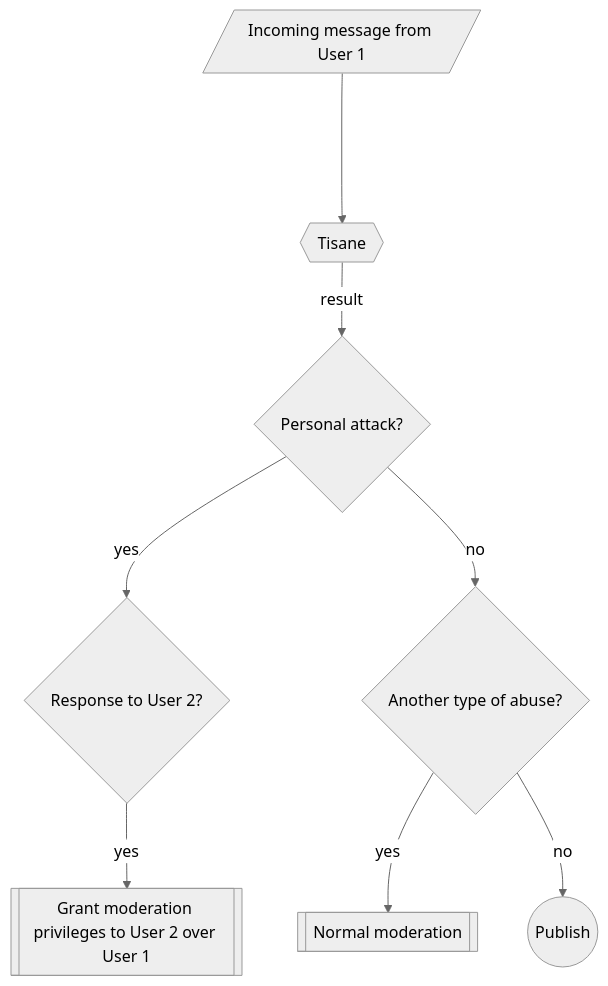
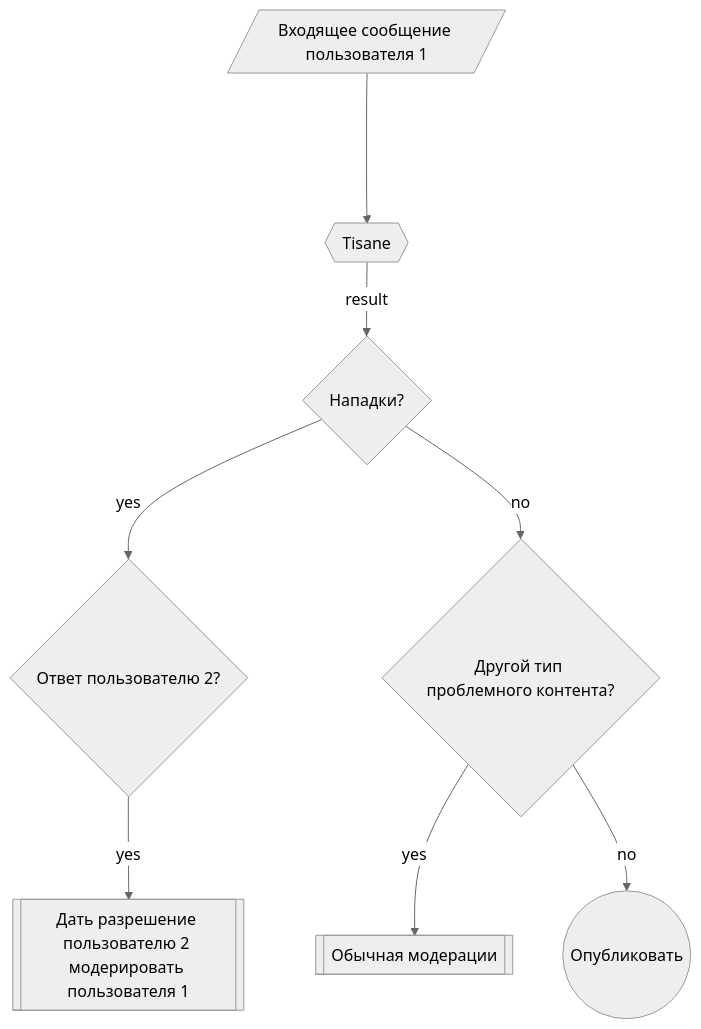
One commit to tisanelabs/tisane-docs changed the diagram in @l10n/ru/guides/abuse/whatis2fm.md. Above: the diagram before and after it, drawn with Mermaid (neutral theme). The commit also changed other lines of this file and 78 other files, not shown here.

````diff
--- a/@l10n/ru/guides/abuse/whatis2fm.md
+++ b/@l10n/ru/guides/abuse/whatis2fm.md
@@ -25,18 +25,18 @@
 ```mermaid
 flowchart TD
-  input[/Incoming message from User 1/]
+  input[/Входящее сообщение пользователя 1/]
   tisane{{Tisane}}
-  isPersonalAttack{Personal attack?}
-  isResponseToUser2{Response to User 2?}
-  isAnotherAbuse{Another type of abuse?}
-  normalModeration[[Normal moderation]]
-  grantPrivileges[[Grant moderation privileges to User 2 over User 1]]
-  publish((Publish))
+  isPersonalAttack{Нападки?}
+  isResponseToUser2{Ответ пользователю 2?}
+  isAnotherAbuse{Другой тип проблемного контента?}
+  normalModeration[[Обычная модерации]]
+  grantPrivileges[[Дать разрешение пользователю 2 модерировать пользователя 1]]
+  publish((Опубликовать))
   input---->tisane
   tisane-- result -->isPersonalAttack
   isPersonalAttack-- yes -->isResponseToUser2
   isResponseToUser2-- yes -->grantPrivileges
   isPersonalAttack-- no -->isAnotherAbuse
   isAnotherAbuse-- yes -->normalModeration
   isAnotherAbuse-- no -->publish
 ```
````
